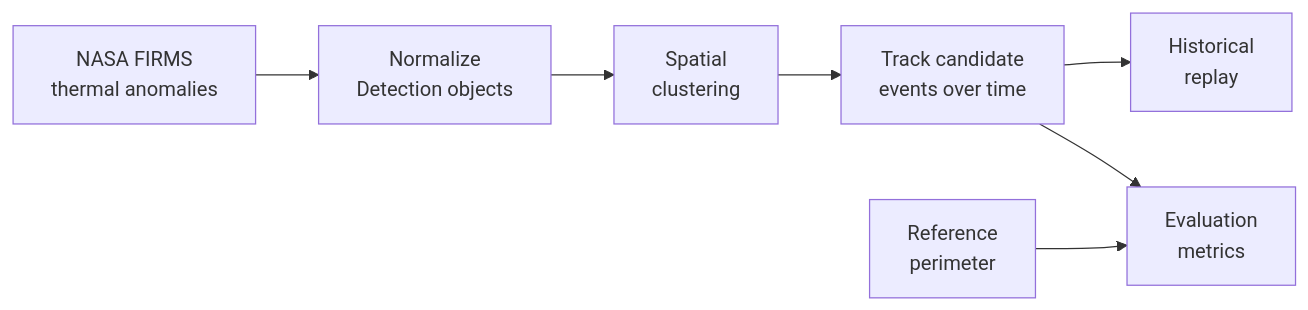
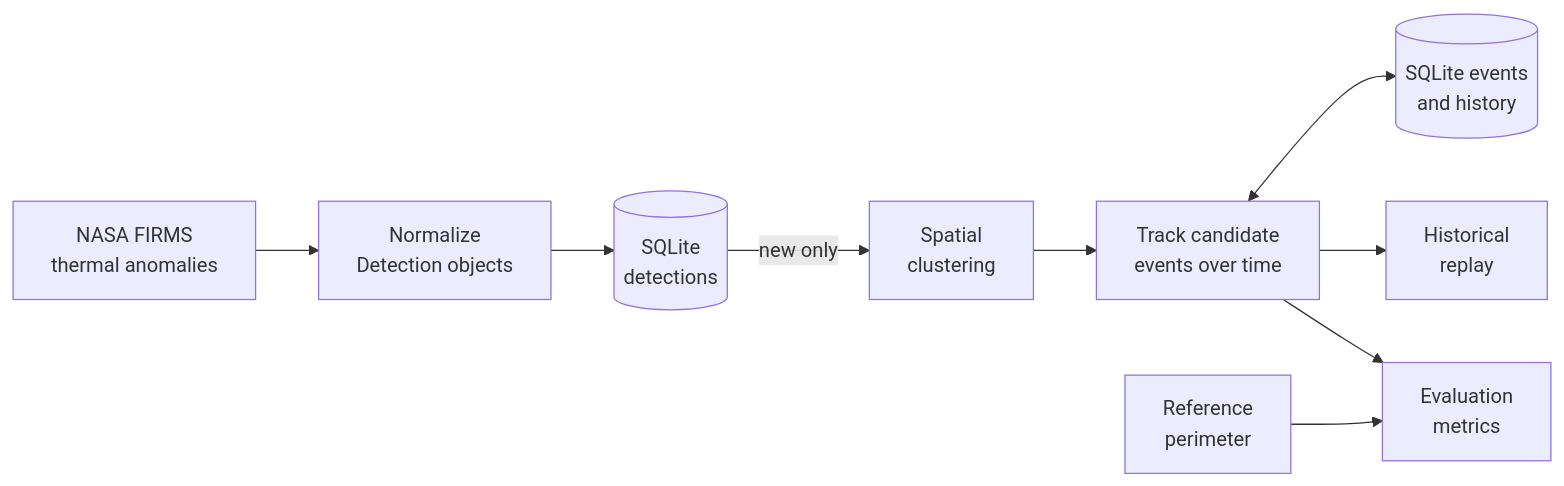
Before and after one commit to stoppo22/wildfirewatch: the diagram in README.md, drawn with Mermaid. The commit also changed other lines of this file and 3 other files, not shown here.

````diff
--- a/README.md
+++ b/README.md
@@ -18,9 +18,11 @@
 ```mermaid
 flowchart LR
     A[NASA FIRMS<br/>thermal anomalies] --> B[Normalize<br/>Detection objects]
-    B --> C[Spatial<br/>clustering]
+    B --> H[(SQLite<br/>detections)]
+    H -- new only --> C[Spatial<br/>clustering]
     C --> D[Track candidate<br/>events over time]
+    D <--> I[(SQLite events<br/>and history)]
     D --> E[Historical<br/>replay]
     D --> F[Evaluation<br/>metrics]
     G[Reference<br/>perimeter] --> F
 ```
````
